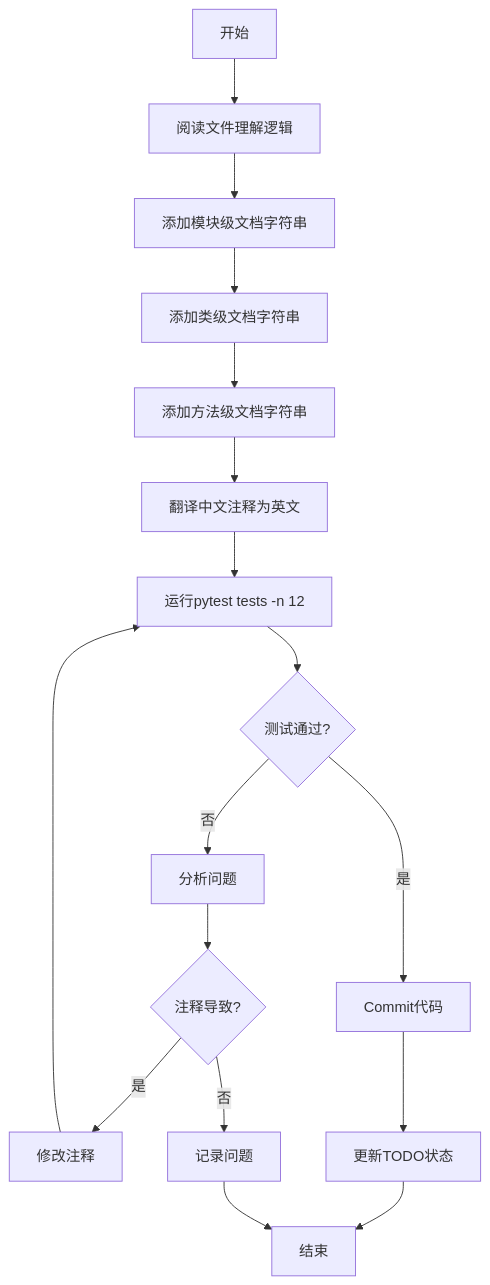
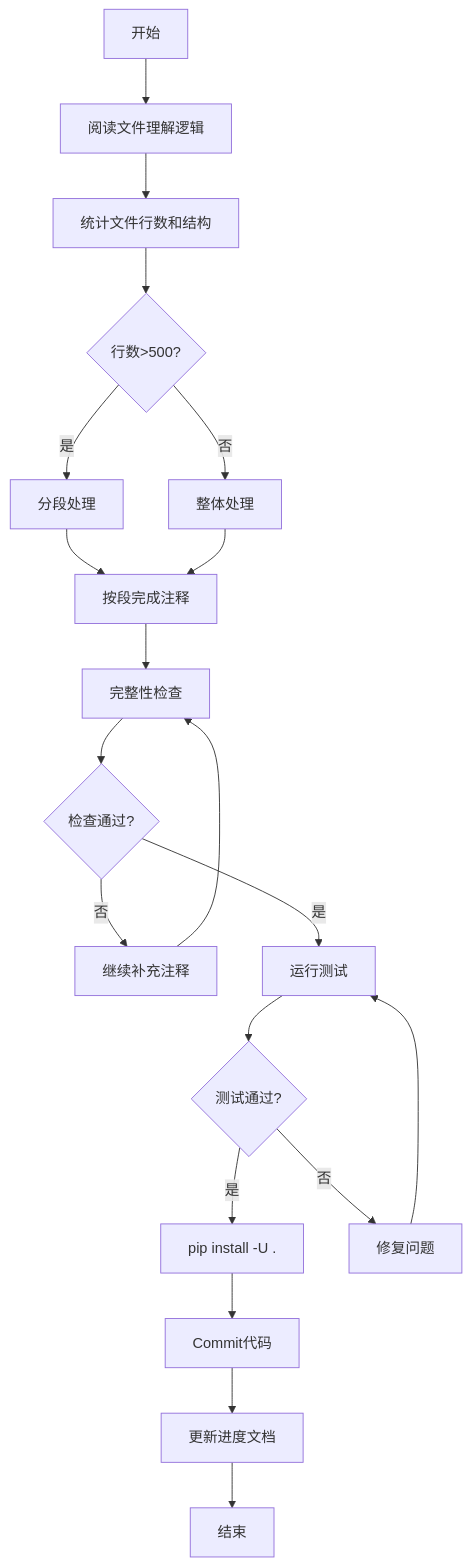
One commit to cloudQuant/backtrader changed the diagram in docs/优化需求/迭代43-优化注释形成项目文档.md. Above: the diagram before and after it, drawn with Mermaid. The commit also changed other lines of this file and 22 other files, not shown here.

````diff
--- a/docs/优化需求/迭代43-优化注释形成项目文档.md
+++ b/docs/优化需求/迭代43-优化注释形成项目文档.md
@@ -283,19 +283,22 @@
 ```mermaid
 graph TD
     A[开始] --> B[阅读文件理解逻辑]
-    B --> C[添加模块级文档字符串]
-    C --> D[添加类级文档字符串]
-    D --> E[添加方法级文档字符串]
-    E --> F[翻译中文注释为英文]
-    F --> G[运行pytest tests -n 12]
-    G --> H{测试通过?}
-    H -->|是| I[Commit代码]
-    H -->|否| J[分析问题]
-    J --> K{注释导致?}
-    K -->|是| L[修改注释]
-    K -->|否| M[记录问题]
-    L --> G
-    I --> N[更新TODO状态]
-    N --> O[结束]
-    M --> O
+    B --> C[统计文件行数和结构]
+    C --> D{行数>500?}
+    D -->|是| E[分段处理]
+    D -->|否| F[整体处理]
+    E --> G[按段完成注释]
+    F --> G
+    G --> H[完整性检查]
+    H --> I{检查通过?}
+    I -->|否| J[继续补充注释]
+    J --> H
+    I -->|是| K[运行测试]
+    K --> L{测试通过?}
+    L -->|是| M[pip install -U .]
+    L -->|否| N[修复问题]
+    N --> K
+    M --> O[Commit代码]
+    O --> P[更新进度文档]
+    P --> Q[结束]
 ```
````
